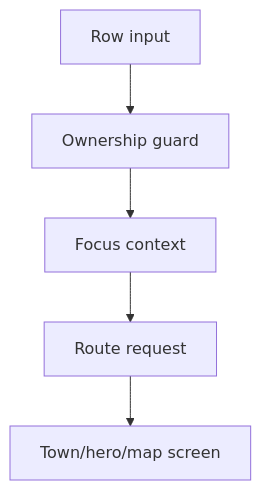
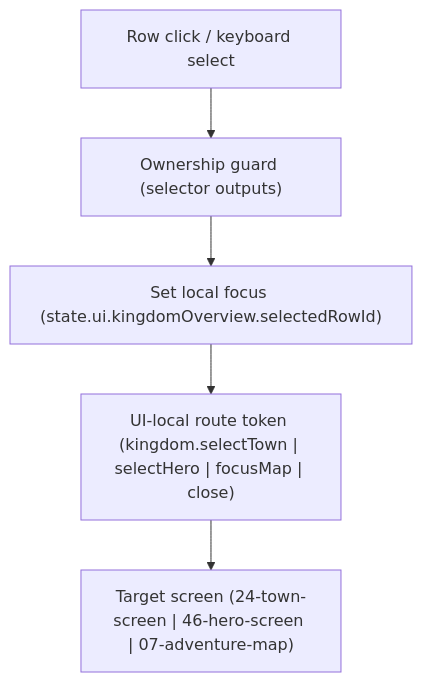
One commit to SunaNoOshiro/Heroes_Reforged_AI_Realms changed the third of 5 diagrams in docs/architecture/wiki/screens/08-kingdom-overview/architecture.md. Above: the diagram before and after it, drawn with Mermaid. The commit also changed other lines of this file and 518 other files, not shown here.

First line of the commit message:
Add doc-audit skill and sweep architecture/screen docs

````diff
--- a/docs/architecture/wiki/screens/08-kingdom-overview/architecture.md
+++ b/docs/architecture/wiki/screens/08-kingdom-overview/architecture.md
@@ -42,8 +52,7 @@
 ```mermaid
 flowchart TD
-  I0["Row input"] --> I1
-  I1["Ownership guard"] --> I2
-  I2["Focus context"] --> I3
-  I3["Route request"] --> I4
-  I4["Town/hero/map screen"]
+  I0["Row click / keyboard select"] --> I1["Ownership guard (selector outputs)"]
+  I1 --> I2["Set local focus (state.ui.kingdomOverview.selectedRowId)"]
+  I2 --> I3["UI-local route token (kingdom.selectTown | selectHero | focusMap | close)"]
+  I3 --> I4["Target screen (24-town-screen | 46-hero-screen | 07-adventure-map)"]
 ```
````
